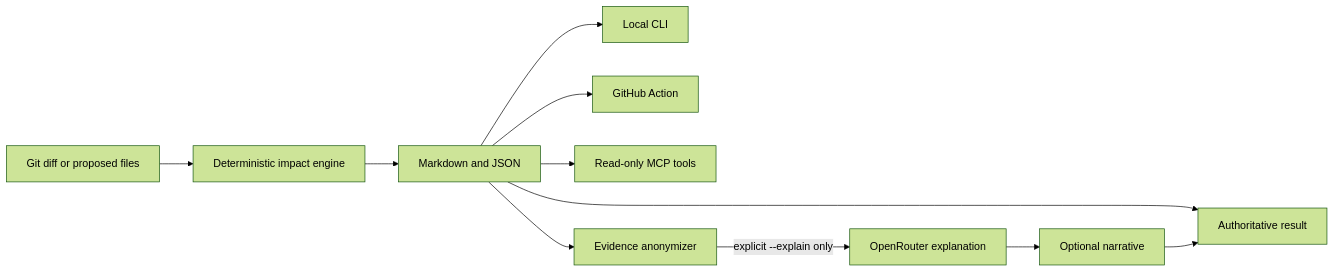
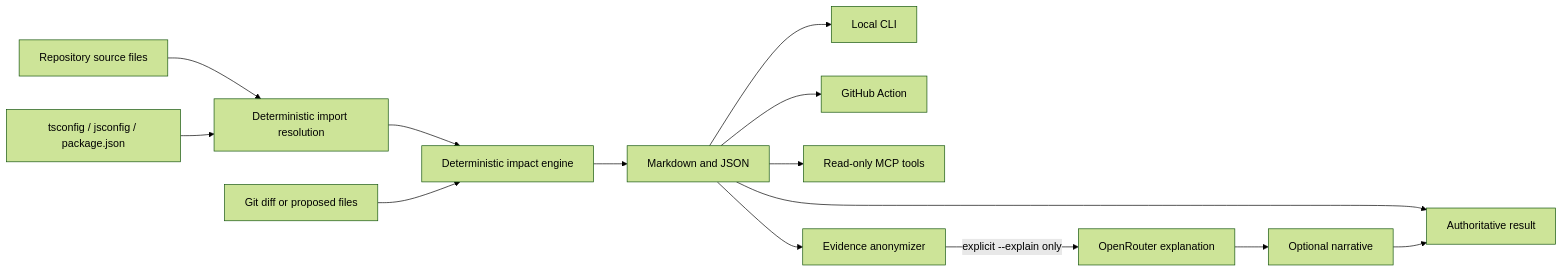
Before and after one commit to adiarora06/RepoRipple: the diagram in docs/architecture.md, drawn with Mermaid (forest theme). The commit also changed other lines of this file and 2 other files, not shown here.

Commit message:
Document deterministic monorepo analysis

````diff
--- a/docs/architecture.md
+++ b/docs/architecture.md
@@ -7,13 +7,16 @@
 ```mermaid
 flowchart LR
-    Diff[Git diff or proposed files] --> Core[Deterministic impact engine]
+    Source[Repository source files] --> Resolve[Deterministic import resolution]
+    Config[tsconfig / jsconfig / package.json] --> Resolve
+    Resolve --> Core[Deterministic impact engine]
+    Diff[Git diff or proposed files] --> Core
     Core --> Report[Markdown and JSON]
     Report --> CLI[Local CLI]
     Report --> Action[GitHub Action]
     Report --> MCP[Read-only MCP tools]
     Report --> Sanitize[Evidence anonymizer]
     Sanitize -->|explicit --explain only| Router[OpenRouter explanation]
     Router --> Narrative[Optional narrative]
     Report --> Final[Authoritative result]
     Narrative --> Final
 ```
````
